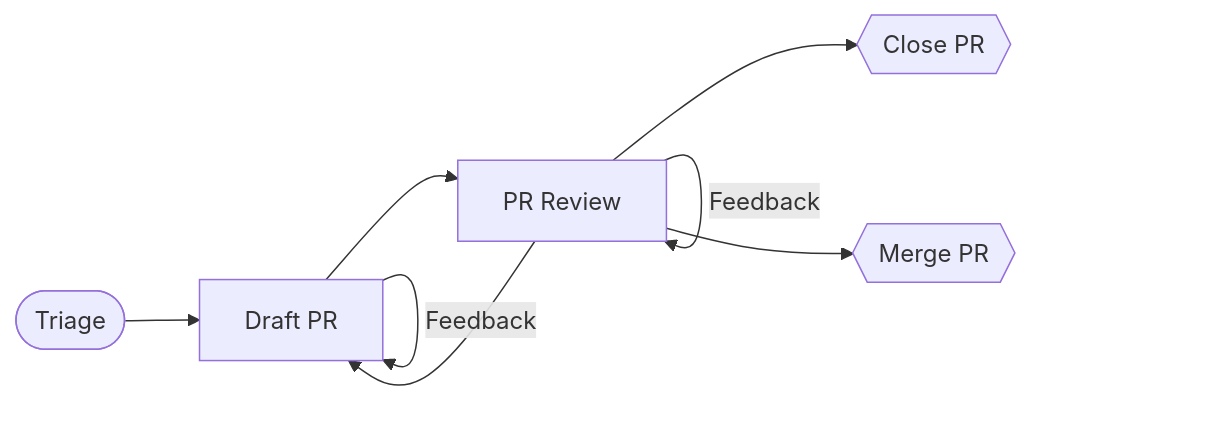
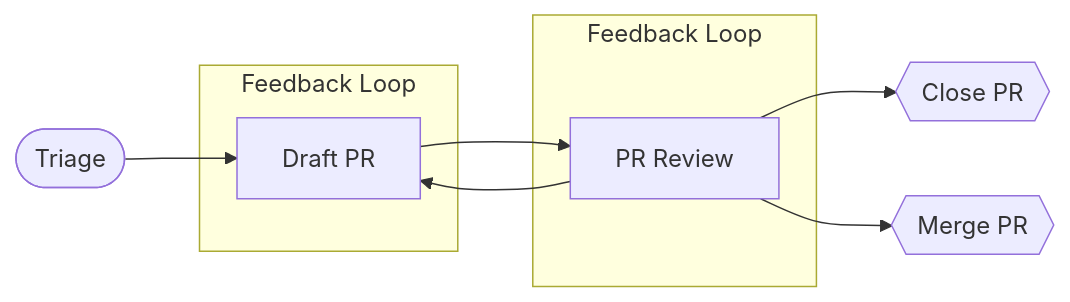
One commit to docker/buildx changed the third of 3 diagrams in PROJECT.md. Above: the diagram before and after it, drawn with Mermaid. The commit also changed other lines of this file, not shown here.

Commit message:
update mermaid diagram to avoid GH mermaid issues

````diff
--- a/PROJECT.md
+++ b/PROJECT.md
@@ -377,10 +376,21 @@
 ```mermaid
 flowchart LR
-  triage([Triage]) --> draft[Draft PR]
-  draft --> review[PR Review]
-  draft -- Feedback --> draft
-  review --> closed{{Close PR}}
-  review -- Feedback --> review
+  triage([Triage])
+  draft[Draft PR]
+  review[PR Review]
+  closed{{Close PR}}
+  merge{{Merge PR}}
+
+  subgraph feedback1[Feedback Loop]
+    draft
+  end
+  subgraph feedback2[Feedback Loop]
+     review
+  end
+
+  triage --> draft
+  draft --> review
+  review --> closed
   review --> draft
-  review --> merge{{Merge PR}}
+  review --> merge
 ```
````
